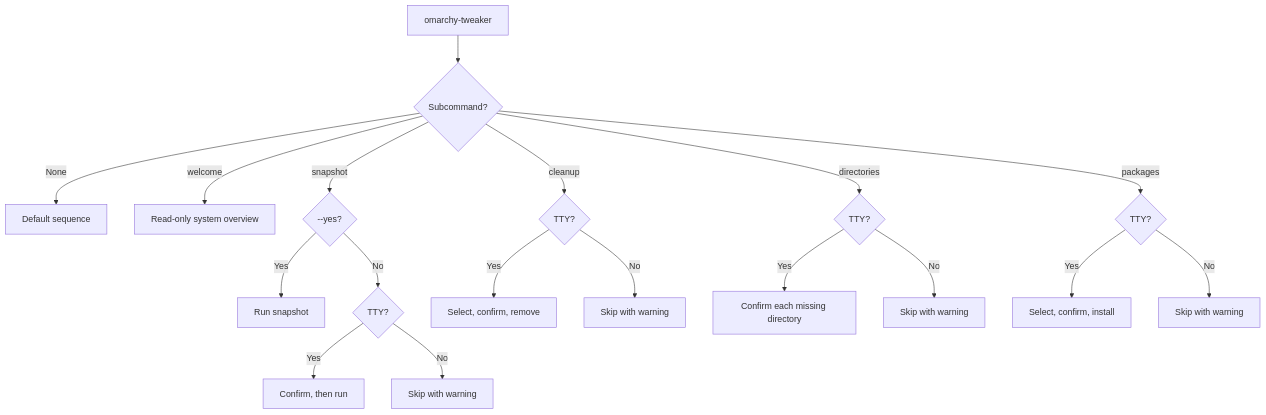
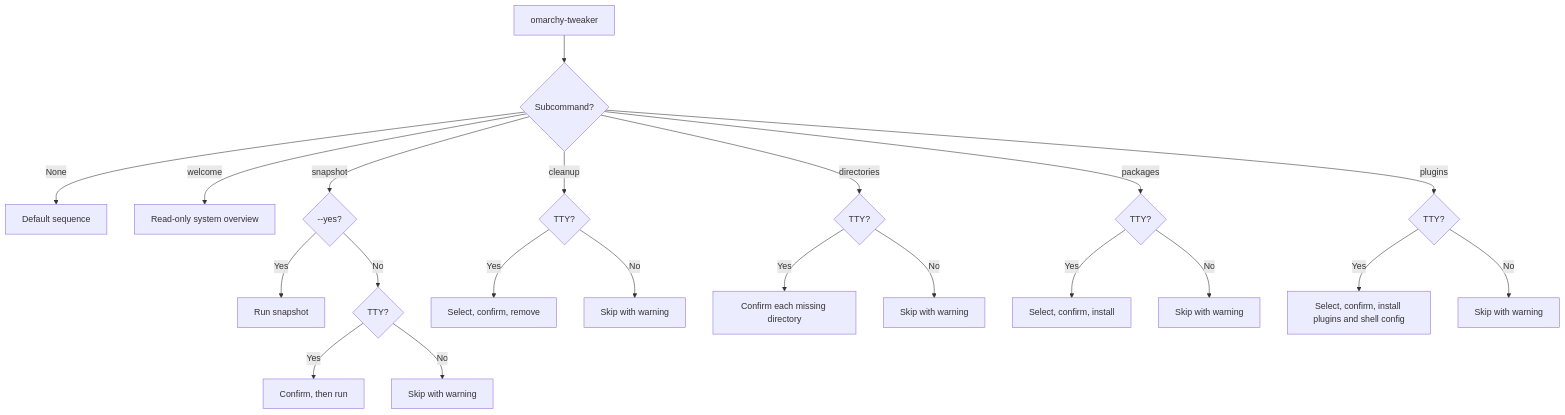
The first of 2 diagrams in docs/commands.md (Armoghans-Organization/Omarchy-Tweaker), drawn with Mermaid before and after one commit. The commit also changed other lines of this file and 22 other files, not shown here.

Commit message:
feat(plugins): add shell plugin installation and docs

````diff
--- a/docs/commands.md
+++ b/docs/commands.md
@@ -21,20 +22,23 @@
 ```mermaid
 flowchart TD
     A[omarchy-tweaker] --> B{Subcommand?}
     B -- None --> C[Default sequence]
     B -- welcome --> D[Read-only system overview]
     B -- snapshot --> E{--yes?}
     E -- Yes --> F[Run snapshot]
     E -- No --> G{TTY?}
     G -- Yes --> H[Confirm, then run]
     G -- No --> I[Skip with warning]
     B -- cleanup --> J{TTY?}
     J -- Yes --> K[Select, confirm, remove]
     J -- No --> L[Skip with warning]
     B -- directories --> M{TTY?}
     M -- Yes --> N[Confirm each missing directory]
     M -- No --> O[Skip with warning]
     B -- packages --> P{TTY?}
     P -- Yes --> Q[Select, confirm, install]
     P -- No --> R[Skip with warning]
+    B -- plugins --> S{TTY?}
+    S -- Yes --> T[Select, confirm, install plugins and shell config]
+    S -- No --> U[Skip with warning]
 ```
````
